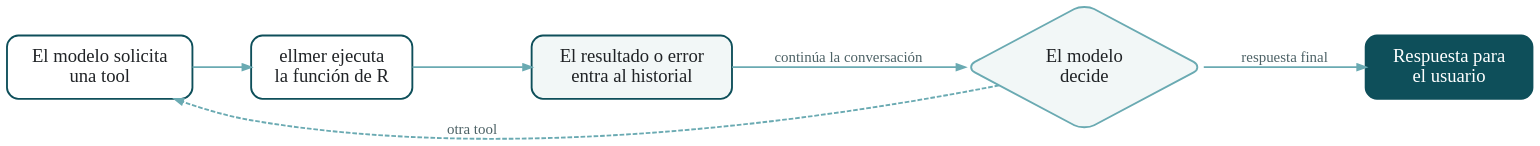
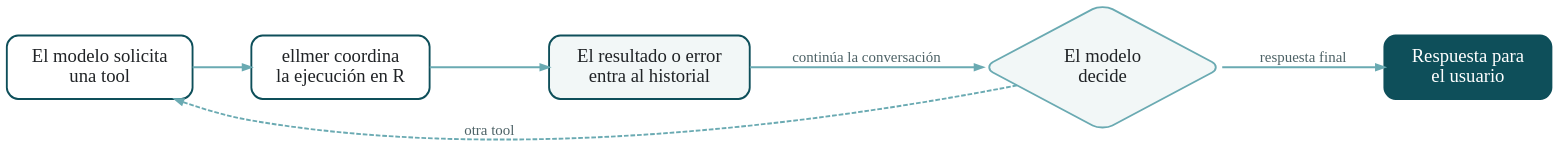
Before and after one commit to jbkunst/censolab-web: the diagram in slides/202608-taller-usuarios-R/index.qmd, drawn with Graphviz. The commit also changed other lines of this file, not shown here.

Commit message:
Actualiza diapositivas del taller ellmer

````diff
--- a/slides/202608-taller-usuarios-R/index.qmd
+++ b/slides/202608-taller-usuarios-R/index.qmd
@@ -692,50 +745,50 @@
 ```{dot}
 //| label: tool-loop-diagram
 //| fig-format: svg
 //| fig-align: center
 //| fig-width: 14
 //| fig-height: 2.6
 digraph tool_loop {
   graph [
     rankdir=LR,
     bgcolor="transparent",
     pad=0.25,
     nodesep=0.65,
     ranksep=0.85,
     splines=spline
   ];
 
   node [
     shape=box,
     style="rounded,filled",
     fillcolor="#FFFFFF",
     color="#0E4F5A",
     fontcolor="#202326",
     fontname="IBM Plex Sans",
     fontsize=20,
     penwidth=2,
     margin="0.24,0.16"
   ];
 
   edge [
     color="#6AAAB2",
     fontcolor="#4D6266",
     fontname="IBM Plex Sans",
     fontsize=16,
     penwidth=2,
     arrowsize=0.9
   ];
 
   request [label="El modelo solicita\nuna tool"];
-  execute [label="ellmer ejecuta\nla función de R"];
+  execute [label="ellmer coordina\nla ejecución en R"];
   history [label="El resultado o error\nentra al historial", fillcolor="#F2F7F7"];
   decide [label="El modelo\ndecide", shape=diamond, fillcolor="#F2F7F7", color="#6AAAB2"];
   answer [label="Respuesta para\nel usuario", fillcolor="#0E4F5A", fontcolor="#FFFFFF"];
 
   request -> execute;
   execute -> history;
   history -> decide [label="continúa la conversación"];
   decide -> answer [label="respuesta final"];
   decide -> request [label="otra tool", style=dashed, constraint=false];
 }
 ```
````
